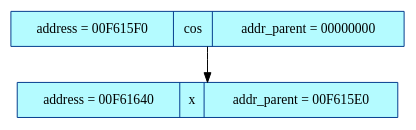
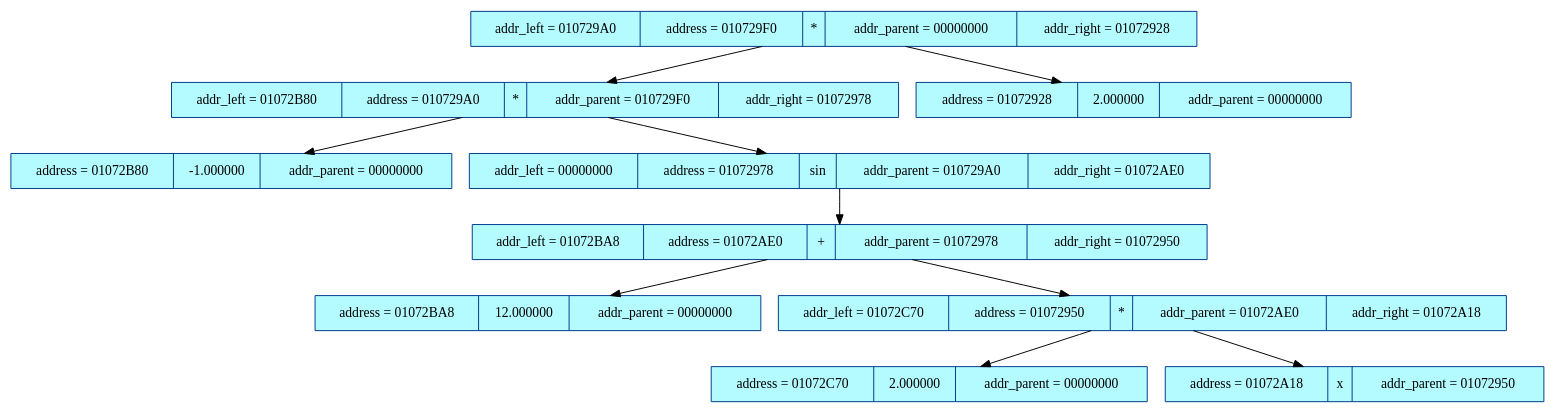
The diagram in dump.dot (Dariazeml1007/Diff), drawn with Graphviz before and after one commit. The commit also changed 11 other files, not shown here.

```diff
--- a/dump.dot
+++ b/dump.dot
@@ -1,9 +1,26 @@
-digraph structs {
-rankdir=HR;
-node[color= "#003A8C",style="filled", fillcolor="#B4FBFF", fontsize=14];
-edge[color="black", weight = 9,fontsize=14];
-el_00F615F0 [shape=record, label= "address = 00F615F0|cos| addr_parent = 00000000"];
-el_00F61640 [shape=record, label= "address = 00F61640|x| addr_parent = 00F615E0"];
-el_00F615F0->el_00F61640;
+digraph structs
+{
+	rankdir=HR;
+	node[color= "#003A8C",style="filled", fillcolor="#B4FBFF", fontsize=14];
+	edge[color="black", weight = 9,fontsize=14];
+	el_010729F0 [shape=record, label= "addr_left = 010729A0 | address = 010729F0|*| addr_parent = 00000000 | addr_right = 01072928"];
+	el_010729A0 [shape=record, label= "addr_left = 01072B80 | address = 010729A0|*| addr_parent = 010729F0 | addr_right = 01072978"];
+	el_01072B80 [shape=record, label= "address = 01072B80|-1.000000| addr_parent = 00000000"];
+	el_01072978 [shape=record, label= "addr_left = 00000000 | address = 01072978|sin| addr_parent = 010729A0 | addr_right = 01072AE0"];
+	el_01072AE0 [shape=record, label= "addr_left = 01072BA8 | address = 01072AE0|+| addr_parent = 01072978 | addr_right = 01072950"];
+	el_01072BA8 [shape=record, label= "address = 01072BA8|12.000000| addr_parent = 00000000"];
+	el_01072950 [shape=record, label= "addr_left = 01072C70 | address = 01072950|*| addr_parent = 01072AE0 | addr_right = 01072A18"];
+	el_01072C70 [shape=record, label= "address = 01072C70|2.000000| addr_parent = 00000000"];
+	el_01072A18 [shape=record, label= "address = 01072A18|x| addr_parent = 01072950"];
+	el_01072928 [shape=record, label= "address = 01072928|2.000000| addr_parent = 00000000"];
+	el_010729F0->el_010729A0;
+	el_010729A0->el_01072B80;
+	el_010729A0->el_01072978;
+	el_01072978->el_01072AE0;
+	el_01072AE0->el_01072BA8;
+	el_01072AE0->el_01072950;
+	el_01072950->el_01072C70;
+	el_01072950->el_01072A18;
+	el_010729F0->el_01072928;
 
 }
```
